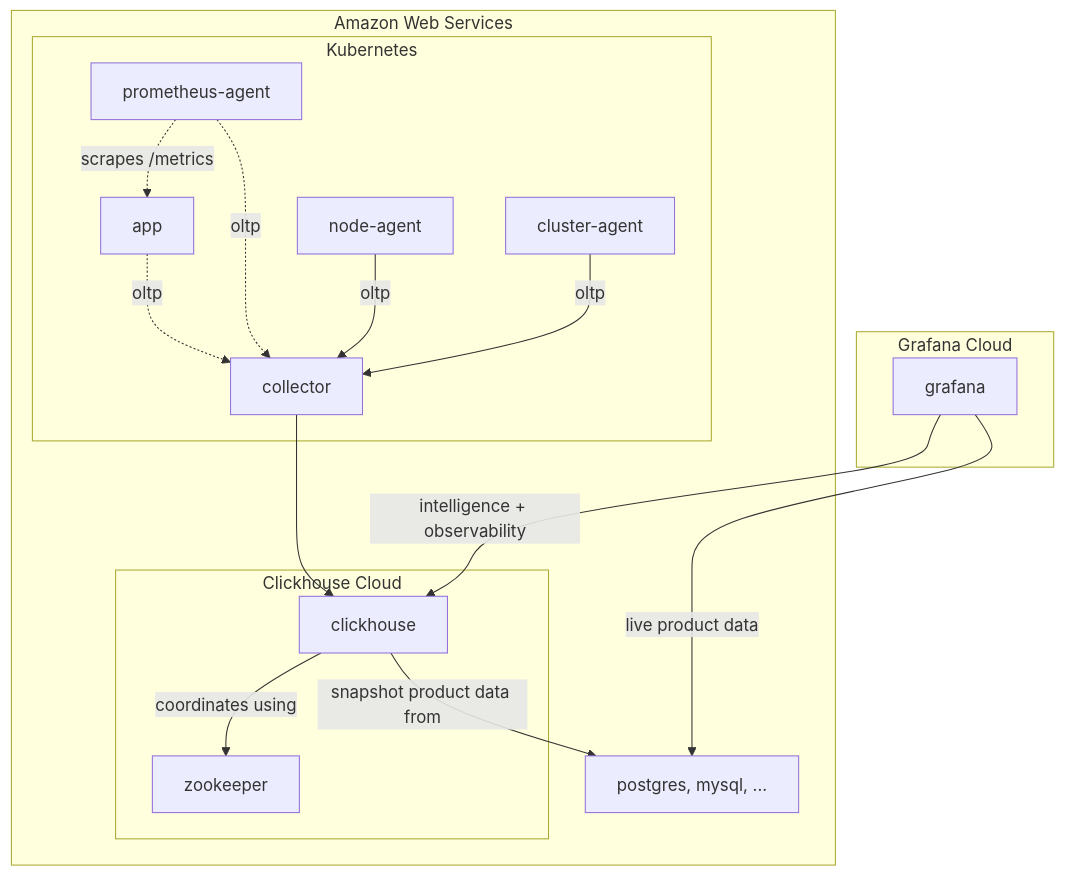
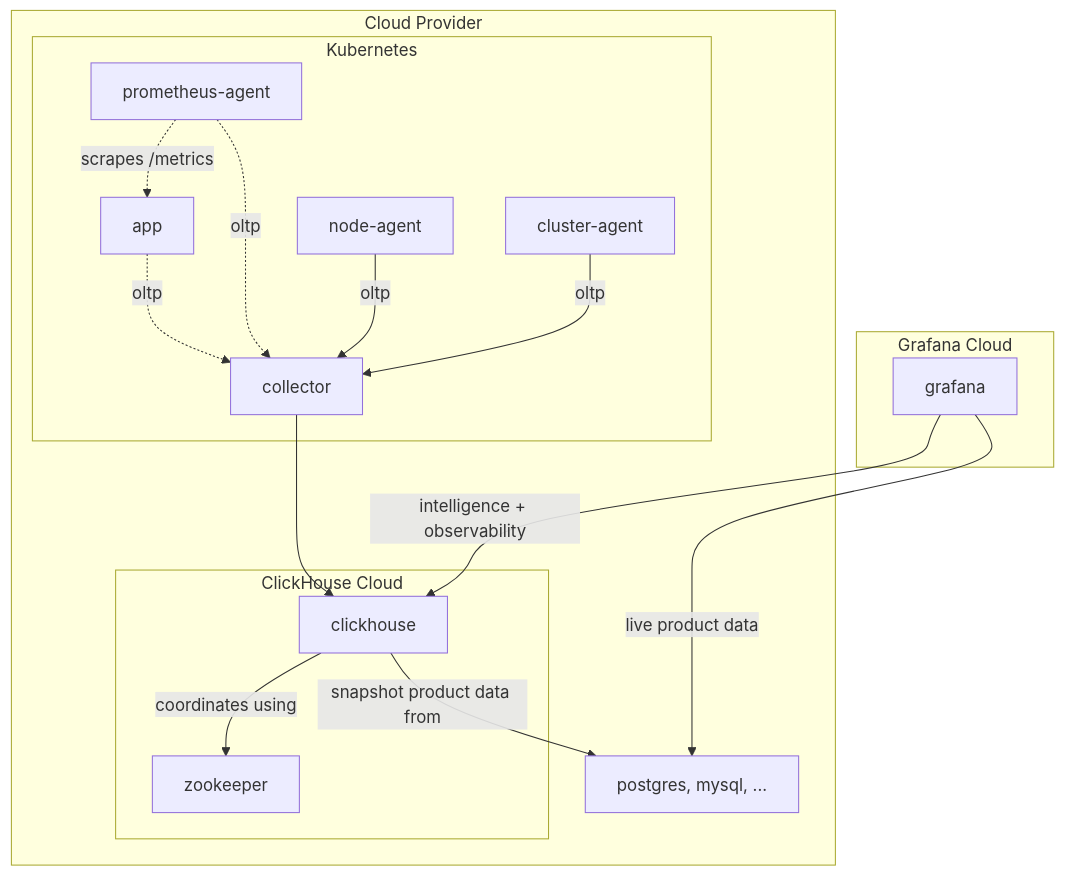
The second of 2 diagrams in docs/ARCHITECTURE.md (mjpitz/cognative), drawn with Mermaid before and after one commit. The commit also changed other lines of this file and 1 other file, not shown here.

Commit message:
docs: fixup architecture document

````diff
--- a/docs/ARCHITECTURE.md
+++ b/docs/ARCHITECTURE.md
@@ -110,38 +157,38 @@
 ```mermaid
 flowchart TD
-    subgraph Amazon Web Services
+    subgraph Cloud Provider
         database[postgres, mysql, ...]
 
-        subgraph Clickhouse Cloud
+        subgraph ClickHouse Cloud
             clickhouse
             zookeeper
         end
 
         subgraph Kubernetes
             collector
             cluster-agent
             node-agent
             prometheus-agent
             app
         end
     end
 
     subgraph Grafana Cloud
         grafana
     end
 
     clickhouse -- coordinates using --> zookeeper
 
     clickhouse -- snapshot product data from --> database
     grafana -- live product data --> database
 
     grafana -- intelligence + observability --> clickhouse
     collector --> clickhouse
 
     cluster-agent -- oltp --> collector
     node-agent -- oltp --> collector
     prometheus-agent -. oltp .-> collector
     app -. oltp .-> collector
 
     prometheus-agent -. scrapes /metrics .-> app
 ```
````
